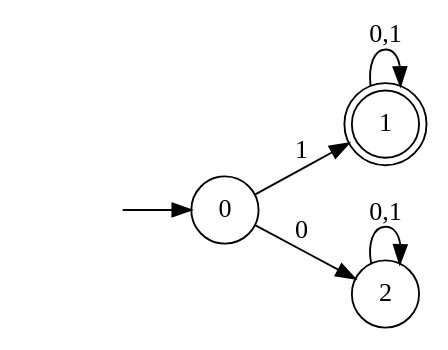
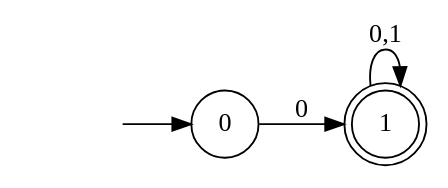
The diagram in NFA/NFA1.gv (Umato/computer_practices), drawn with Graphviz before and after one commit. The commit also changed 7 other files, not shown here.

```diff
--- a/NFA/NFA1.gv
+++ b/NFA/NFA1.gv
@@ -1,11 +1,9 @@
 digraph finite_state_machine{
 	rankdir=LR;
 	node [shape = doublecircle]; 1;
 	node [shape = circle];
 	init [shape=none, label=""];
 	init -> 0;
-	0 -> 1 [label = "1"];
-	0 -> 2 [label = "0"];
+	0 -> 1 [label = "0"];
 	1 -> 1 [label = "0,1"];
-	2 -> 2 [label = "0,1"];
 }
```
